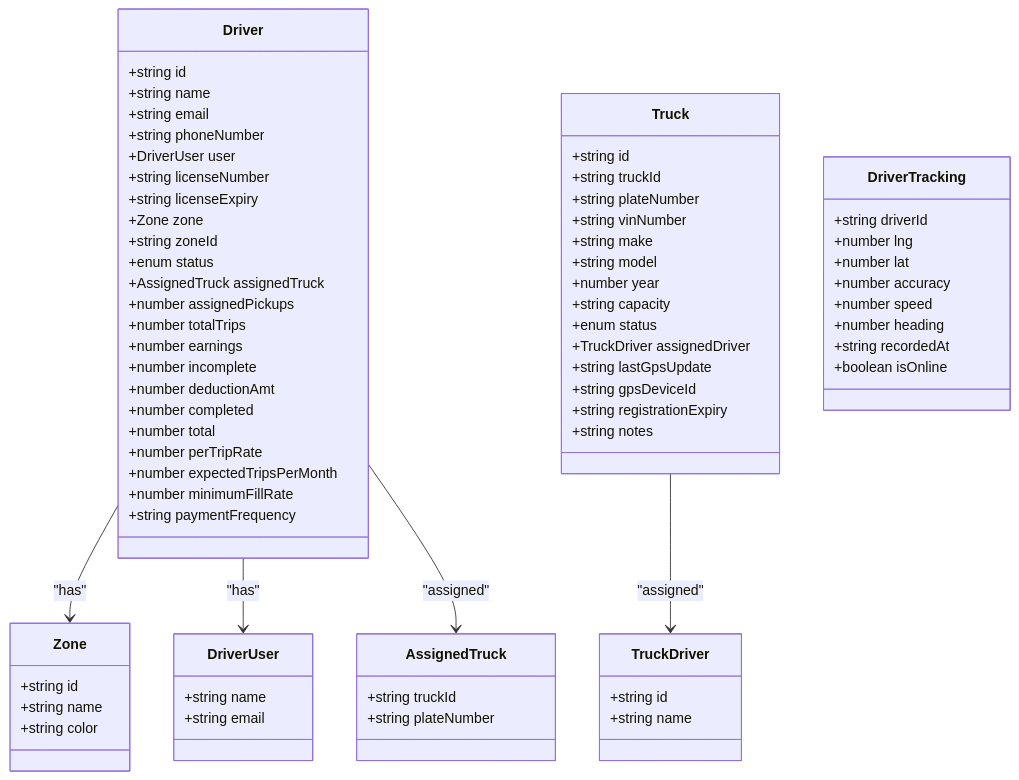
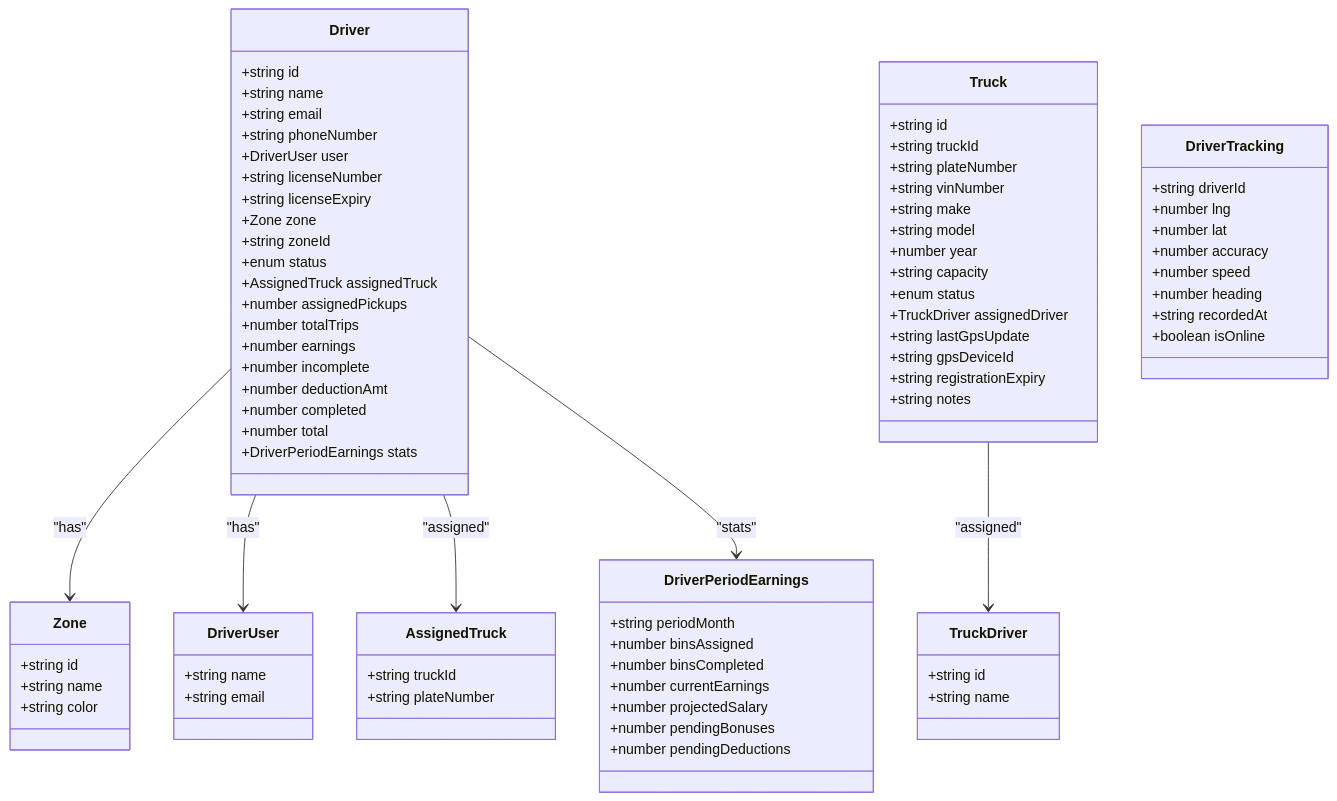
The third of 9 diagrams in .qoder/repowiki/en/content/Business Modules/Fleet Management.md (Lazynerd-Studios/lacarte-atlas-console), drawn with Mermaid before and after one commit. The commit also changed other lines of this file and 12 other files, not shown here.

````diff
--- a/.qoder/repowiki/en/content/Business Modules/Fleet Management.md
+++ b/.qoder/repowiki/en/content/Business Modules/Fleet Management.md
@@ -193,74 +180,81 @@
 ```mermaid
 classDiagram
 class Zone {
 +string id
 +string name
 +string color
 }
 class DriverUser {
 +string name
 +string email
 }
 class AssignedTruck {
 +string truckId
 +string plateNumber
+}
+class DriverPeriodEarnings {
++string periodMonth
++number binsAssigned
++number binsCompleted
++number currentEarnings
++number projectedSalary
++number pendingBonuses
++number pendingDeductions
 }
 class Driver {
 +string id
 +string name
 +string email
 +string phoneNumber
 +DriverUser user
 +string licenseNumber
 +string licenseExpiry
 +Zone zone
 +string zoneId
 +enum status
 +AssignedTruck assignedTruck
 +number assignedPickups
 +number totalTrips
 +number earnings
 +number incomplete
 +number deductionAmt
 +number completed
 +number total
-+number perTripRate
-+number expectedTripsPerMonth
-+number minimumFillRate
-+string paymentFrequency
++DriverPeriodEarnings stats
 }
 class TruckDriver {
 +string id
 +string name
 }
 class Truck {
 +string id
 +string truckId
 +string plateNumber
 +string vinNumber
 +string make
 +string model
 +number year
 +string capacity
 +enum status
 +TruckDriver assignedDriver
 +string lastGpsUpdate
 +string gpsDeviceId
 +string registrationExpiry
 +string notes
 }
 class DriverTracking {
 +string driverId
 +number lng
 +number lat
 +number accuracy
 +number speed
 +number heading
 +string recordedAt
 +boolean isOnline
 }
 Driver --> Zone : "has"
 Driver --> DriverUser : "has"
 Driver --> AssignedTruck : "assigned"
+Driver --> DriverPeriodEarnings : "stats"
 Truck --> TruckDriver : "assigned"
 ```
````
